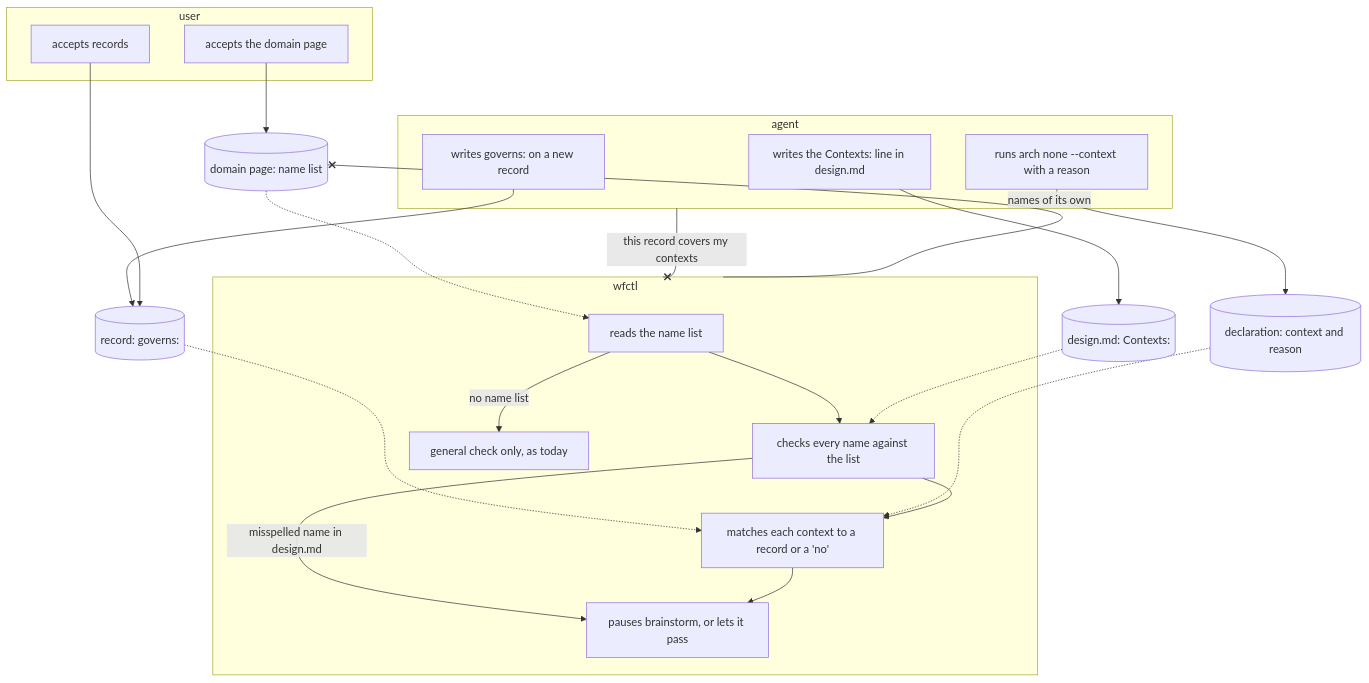
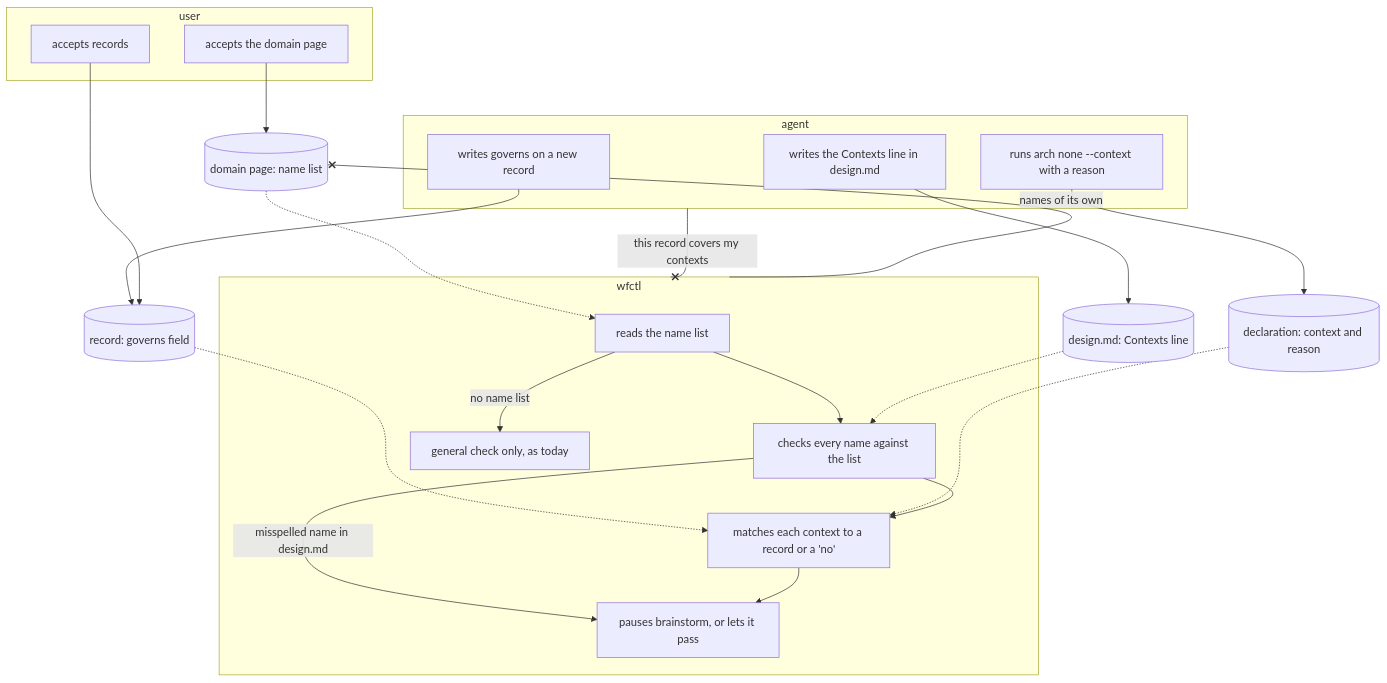
The diagram in docs/architecture/domain-page-names-contexts.md (aamarin/wfctl), drawn with Mermaid before and after one commit. The commit also changed other lines of this file and 2 other files, not shown here.

````diff
--- a/docs/architecture/domain-page-names-contexts.md
+++ b/docs/architecture/domain-page-names-contexts.md
@@ -87,40 +87,40 @@
 ```mermaid
 flowchart TB
   subgraph person["user"]
     accept["accepts the domain page"]
     acceptrec["accepts records"]
   end
   subgraph agent
-    contexts["writes the Contexts: line in design.md"]
-    governs["writes governs: on a new record"]
+    contexts["writes the Contexts line in design.md"]
+    governs["writes governs on a new record"]
     none["runs arch none --context with a reason"]
   end
   subgraph wfctl
     read["reads the name list"]
     names["checks every name against the list"]
     match["matches each context to a record or a 'no'"]
     hold["pauses brainstorm, or lets it pass"]
     today["general check only, as today"]
   end
   page[("domain page: name list")]
-  design[("design.md: Contexts:")]
-  record[("record: governs:")]
+  design[("design.md: Contexts line")]
+  record[("record: governs field")]
   decl[("declaration: context and reason")]
 
   accept --> page
   page -.-> read
   read -- "no name list" --> today
   read --> names
   contexts --> design
   governs --> record
   none --> decl
   acceptrec --> record
   design -.-> names
   record -.-> match
   decl -.-> match
   names -- "misspelled name in design.md" --> hold
   names --> match
   match --> hold
   agent -- "this record covers my contexts" --x wfctl
   wfctl -- "names of its own" --x page
 ```
````
